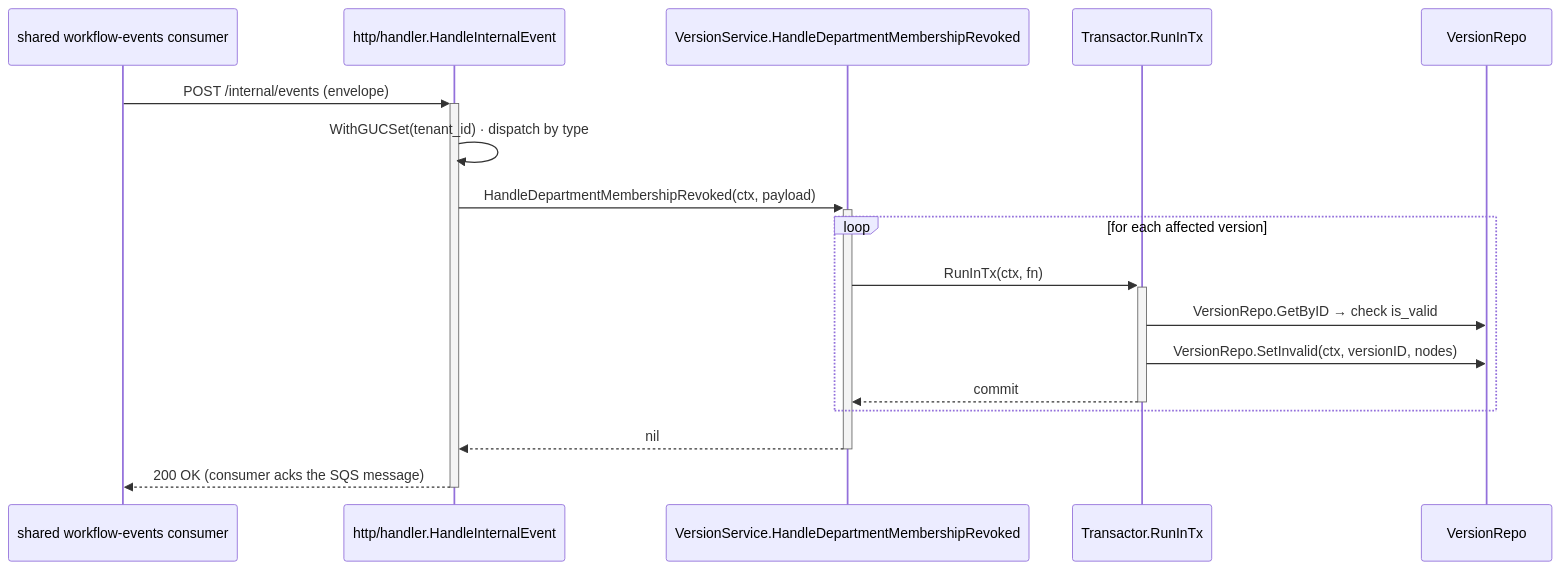
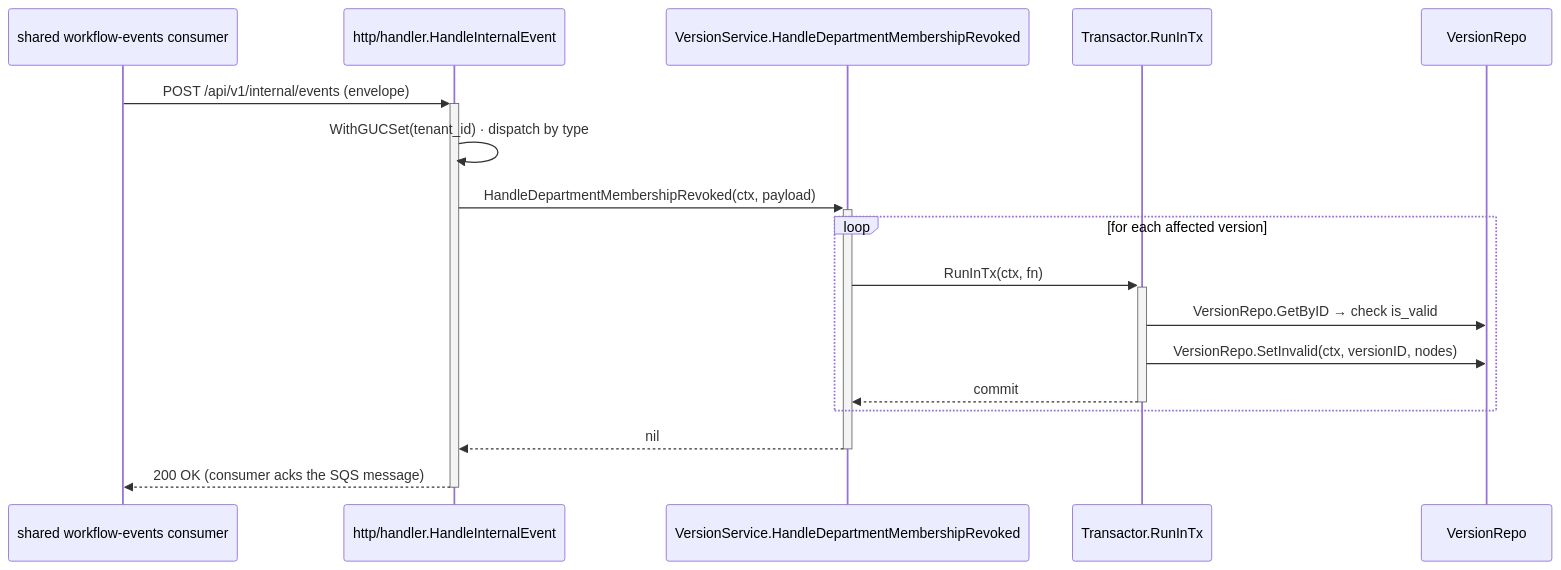
Before and after one commit to BCBP-SOLUTIONS-FZC-LLC/workflow-definition-service: the eighth of 11 diagrams in ARCHITECTURE.md, drawn with Mermaid. The commit also changed other lines of this file and 11 other files, not shown here.

````diff
--- a/ARCHITECTURE.md
+++ b/ARCHITECTURE.md
@@ -352,20 +352,20 @@
 ```mermaid
 sequenceDiagram
     participant Consumer as shared workflow-events consumer
     participant Handler as http/handler.HandleInternalEvent
     participant Svc as VersionService.HandleDepartmentMembershipRevoked
     participant Tx as Transactor.RunInTx
     participant Repo as VersionRepo
 
-    Consumer ->>+ Handler: POST /internal/events (envelope)
+    Consumer ->>+ Handler: POST /api/v1/internal/events (envelope)
     Handler ->> Handler: WithGUCSet(tenant_id) · dispatch by type
     Handler ->>+ Svc: HandleDepartmentMembershipRevoked(ctx, payload)
     loop for each affected version
         Svc ->>+ Tx: RunInTx(ctx, fn)
         Tx ->> Repo: VersionRepo.GetByID  →  check is_valid
         Tx ->> Repo: VersionRepo.SetInvalid(ctx, versionID, nodes)
         Tx -->>- Svc: commit
     end
     Svc -->>- Handler: nil
     Handler -->>- Consumer: 200 OK (consumer acks the SQS message)
 ```
````
